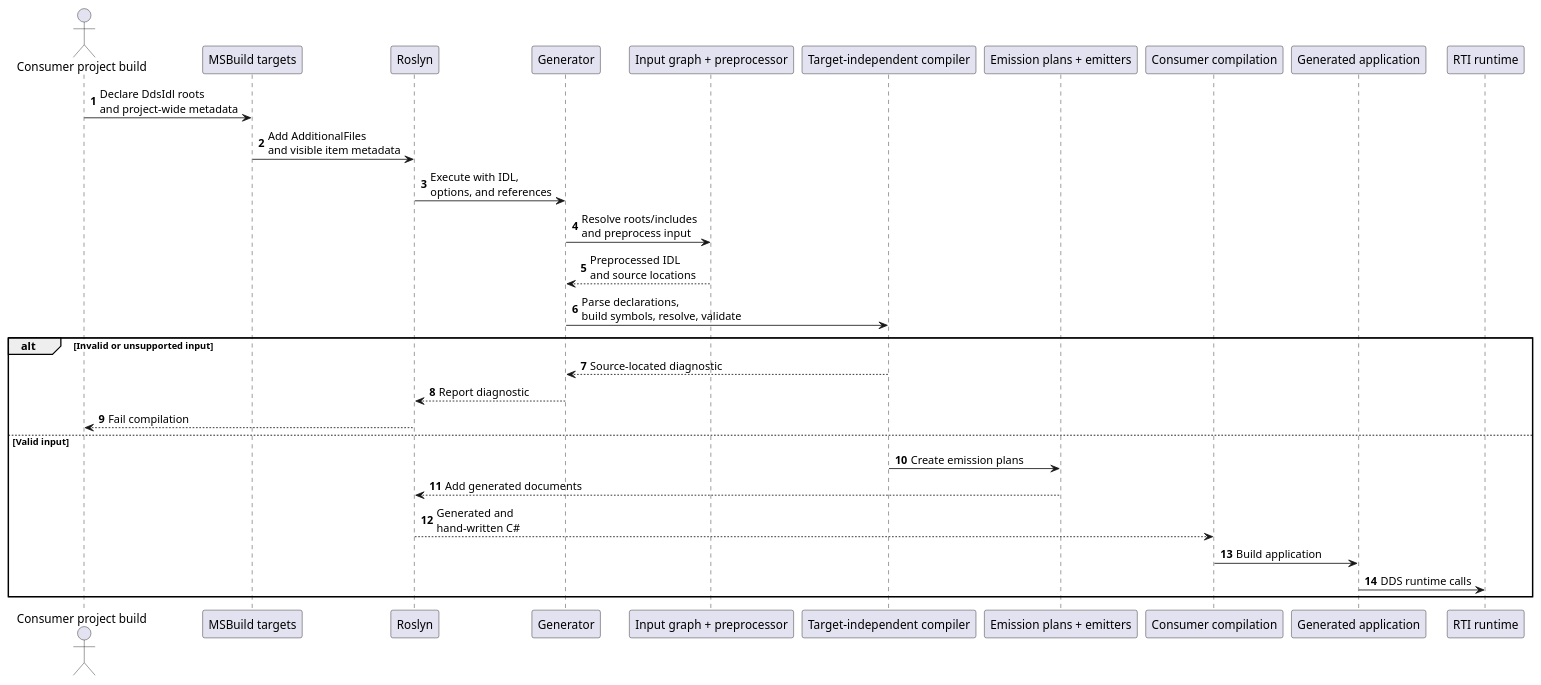
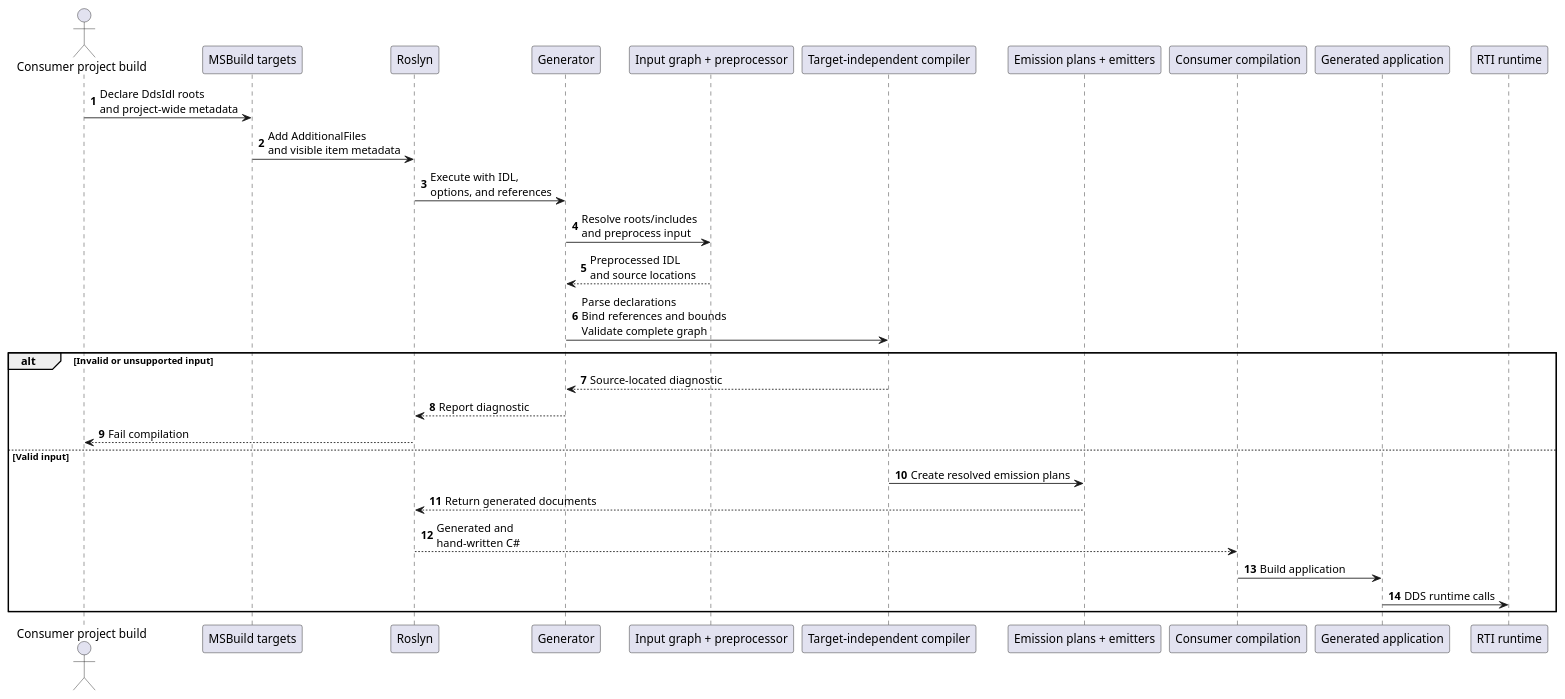
One commit to eNeRGy164/wireloom changed the diagram in docs/architecture/arc42/images/06/consumer-build-sequence.puml. Above: the diagram before and after it, drawn with PlantUML. The commit also changed 15 other files, not shown here.

Commit message:
Align documentation with compiler architecture

```diff
--- a/docs/architecture/arc42/images/06/consumer-build-sequence.puml
+++ b/docs/architecture/arc42/images/06/consumer-build-sequence.puml
@@ -1,33 +1,33 @@
 @startuml
 autonumber
 
 actor "Consumer project build" as build
 participant "MSBuild targets" as msbuild
 participant "Roslyn" as roslyn
 participant "Generator" as generator
 participant "Input graph + preprocessor" as preprocess
 participant "Target-independent compiler" as compiler
 participant "Emission plans + emitters" as emitters
 participant "Consumer compilation" as compilation
 participant "Generated application" as application
 participant "RTI runtime" as runtime
 
 build -> msbuild : Declare DdsIdl roots\nand project-wide metadata
 msbuild -> roslyn : Add AdditionalFiles\nand visible item metadata
 roslyn -> generator : Execute with IDL,\noptions, and references
 generator -> preprocess : Resolve roots/includes\nand preprocess input
 preprocess --> generator : Preprocessed IDL\nand source locations
-generator -> compiler : Parse declarations,\nbuild symbols, resolve, validate
+generator -> compiler : Parse declarations\nBind references and bounds\nValidate complete graph
 
 alt Invalid or unsupported input
   compiler --> generator : Source-located diagnostic
   generator --> roslyn : Report diagnostic
   roslyn --> build : Fail compilation
 else Valid input
-  compiler -> emitters : Create emission plans
-  emitters --> roslyn : Add generated documents
+  compiler -> emitters : Create resolved emission plans
+  emitters --> roslyn : Return generated documents
   roslyn --> compilation : Generated and\nhand-written C#
   compilation -> application : Build application
   application -> runtime : DDS runtime calls
 end
 @enduml
```
